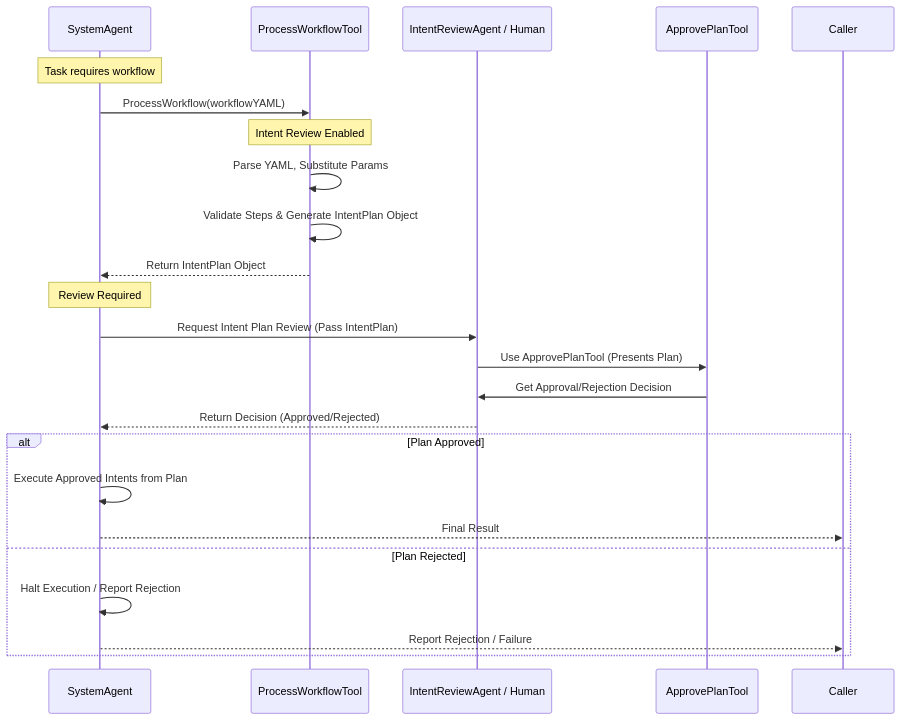
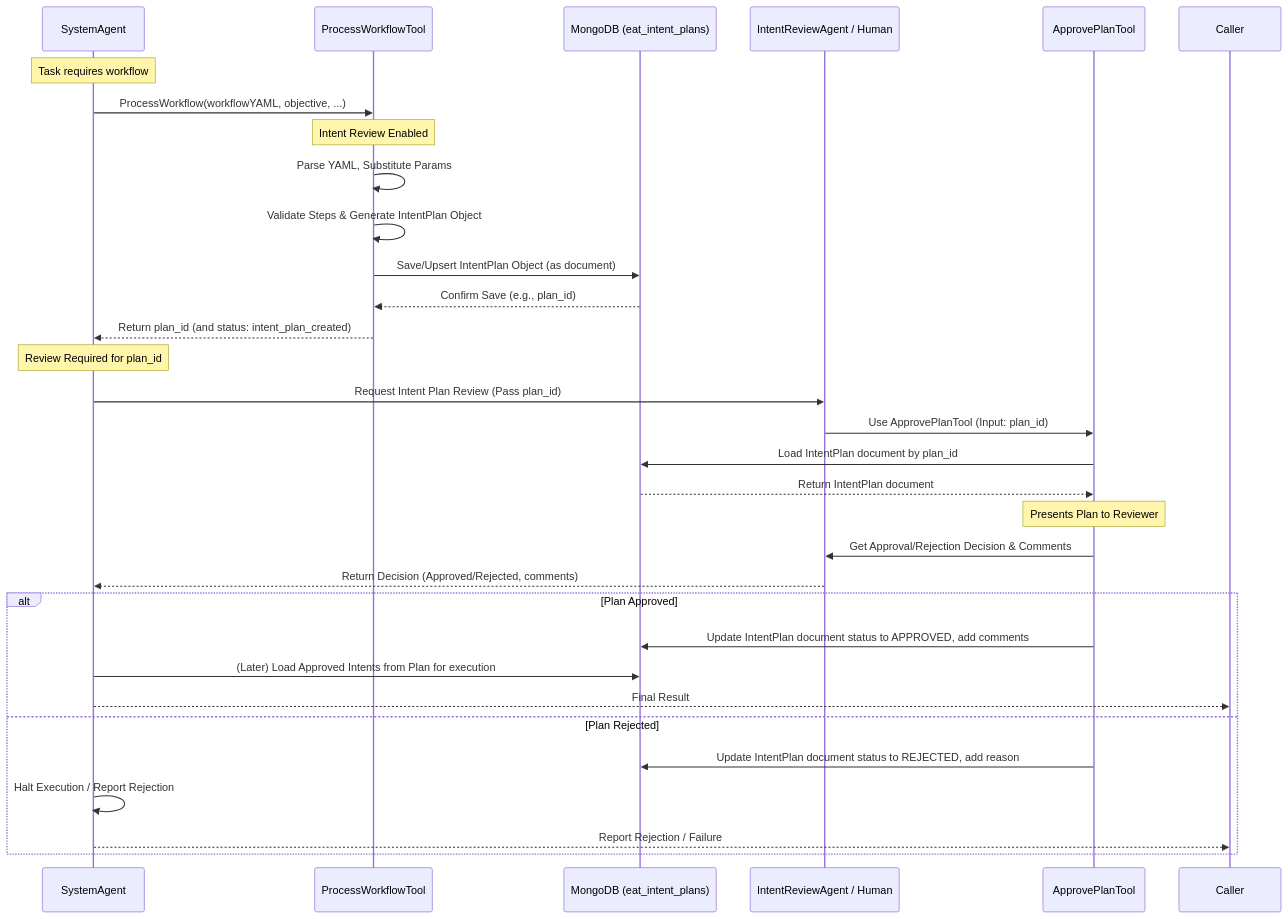
The fourth of 4 diagrams in docs/ARCHITECTURE.md (matiasmolinas/evolving-agents), drawn with Mermaid before and after one commit. The commit also changed other lines of this file and 15 other files, not shown here.

````diff
--- a/docs/ARCHITECTURE.md
+++ b/docs/ARCHITECTURE.md
@@ -385,28 +211,36 @@
 ```mermaid
 sequenceDiagram
     participant SysA as SystemAgent
     participant PWT as ProcessWorkflowTool
+    participant MongoDB as MongoDB (eat_intent_plans)
     participant Reviewer as IntentReviewAgent / Human
     participant APT as ApprovePlanTool
 
     Note over SysA: Task requires workflow
-    SysA->>PWT: ProcessWorkflow(workflowYAML)
+    SysA->>PWT: ProcessWorkflow(workflowYAML, objective, ...)
     Note over PWT: Intent Review Enabled
     PWT->>PWT: Parse YAML, Substitute Params
     PWT->>PWT: Validate Steps & Generate IntentPlan Object
-    PWT-->>SysA: Return IntentPlan Object
+    PWT->>MongoDB: Save/Upsert IntentPlan Object (as document)
+    MongoDB-->>PWT: Confirm Save (e.g., plan_id)
+    PWT-->>SysA: Return plan_id (and status: intent_plan_created)
 
-    Note over SysA: Review Required
-    SysA->>Reviewer: Request Intent Plan Review (Pass IntentPlan)
-    Reviewer->>APT: Use ApprovePlanTool (Presents Plan)
-    APT->>Reviewer: Get Approval/Rejection Decision
-    Reviewer-->>SysA: Return Decision (Approved/Rejected)
+    Note over SysA: Review Required for plan_id
+    SysA->>Reviewer: Request Intent Plan Review (Pass plan_id)
+    Reviewer->>APT: Use ApprovePlanTool (Input: plan_id)
+    APT->>MongoDB: Load IntentPlan document by plan_id
+    MongoDB-->>APT: Return IntentPlan document
+    Note over APT: Presents Plan to Reviewer
+    APT->>Reviewer: Get Approval/Rejection Decision & Comments
+    Reviewer-->>SysA: Return Decision (Approved/Rejected, comments)
 
     alt Plan Approved
-        SysA->>SysA: Execute Approved Intents from Plan
+        APT->>MongoDB: Update IntentPlan document status to APPROVED, add comments
+        SysA->>MongoDB: (Later) Load Approved Intents from Plan for execution
         SysA-->>Caller: Final Result
     else Plan Rejected
+        APT->>MongoDB: Update IntentPlan document status to REJECTED, add reason
         SysA->>SysA: Halt Execution / Report Rejection
         SysA-->>Caller: Report Rejection / Failure
     end
 ```
````
